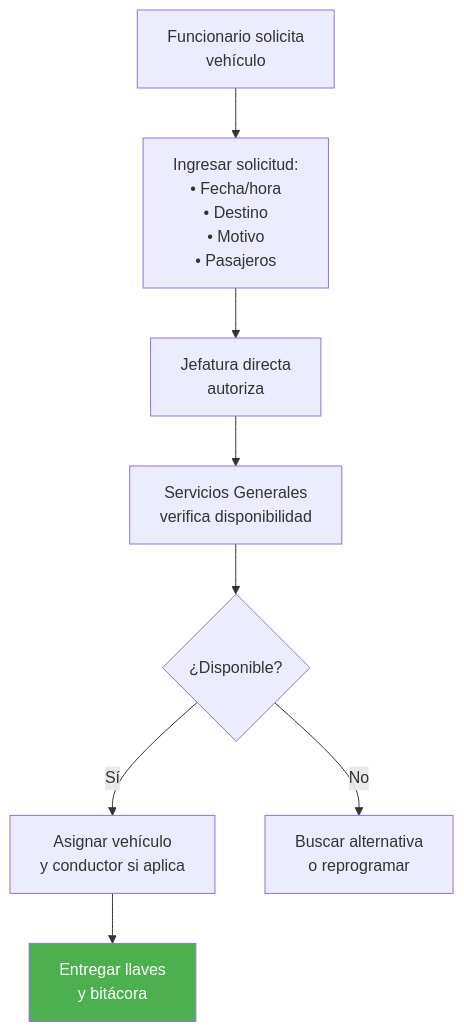
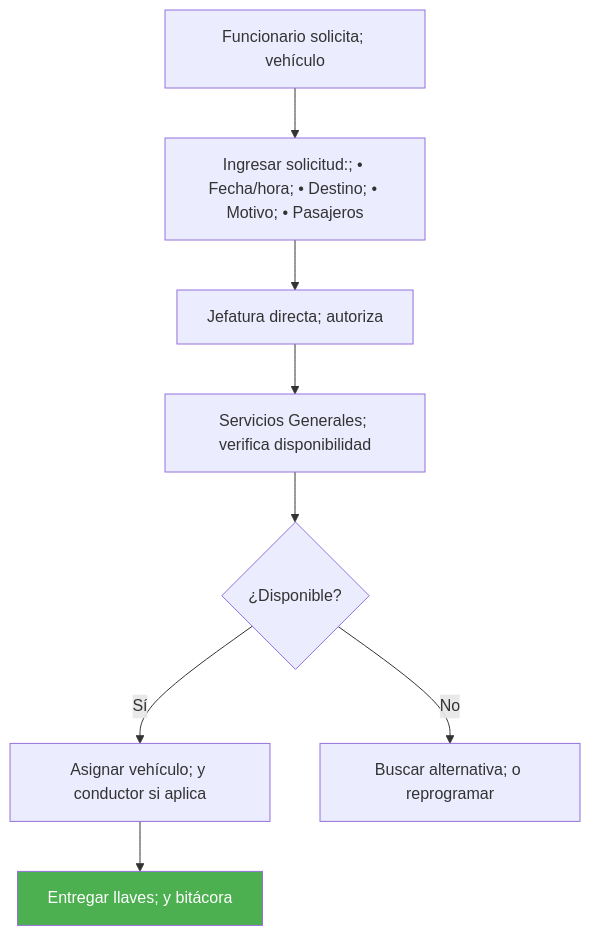
Before and after one commit to felix-antonio-sl/kora: the third of 7 diagrams in drafts/gn/bpmn/bpmn-d06-flota-vehicular.md, drawn with Mermaid. The commit also changed other lines of this file and 265 other files, not shown here.

````diff
--- a/drafts/gn/bpmn/bpmn-d06-flota-vehicular.md
+++ b/drafts/gn/bpmn/bpmn-d06-flota-vehicular.md
@@ -116,11 +120,12 @@
 ```mermaid
 flowchart TD
-    A["Funcionario solicita<br/>vehículo"] --> B["Ingresar solicitud:<br/>• Fecha/hora<br/>• Destino<br/>• Motivo<br/>• Pasajeros"]
-    B --> C["Jefatura directa<br/>autoriza"]
-    C --> D["Servicios Generales<br/>verifica disponibilidad"]
-    D --> E{"¿Disponible?"}
-    E -->|"Sí"| F["Asignar vehículo<br/>y conductor si aplica"]
-    E -->|"No"| G["Buscar alternativa<br/>o reprogramar"]
-    F --> H["Entregar llaves<br/>y bitácora"]
-    style H fill:#4CAF50,color:#fff
+ A["Funcionario solicita; vehículo"] --> B["Ingresar solicitud:; • Fecha/hora; • Destino; • Motivo; • Pasajeros"]
+ B --> C["Jefatura directa; autoriza"]
+ C --> D["Servicios Generales; verifica disponibilidad"]
+ D --> E{"¿Disponible?"}
+ E -->|"Sí"| F["Asignar vehículo; y conductor si aplica"]
+ E -->|"No"| G["Buscar alternativa; o reprogramar"]
+ F --> H["Entregar llaves; y bitácora"]
+
+ style H fill:#4CAF50,color:#fff
 ```
````
